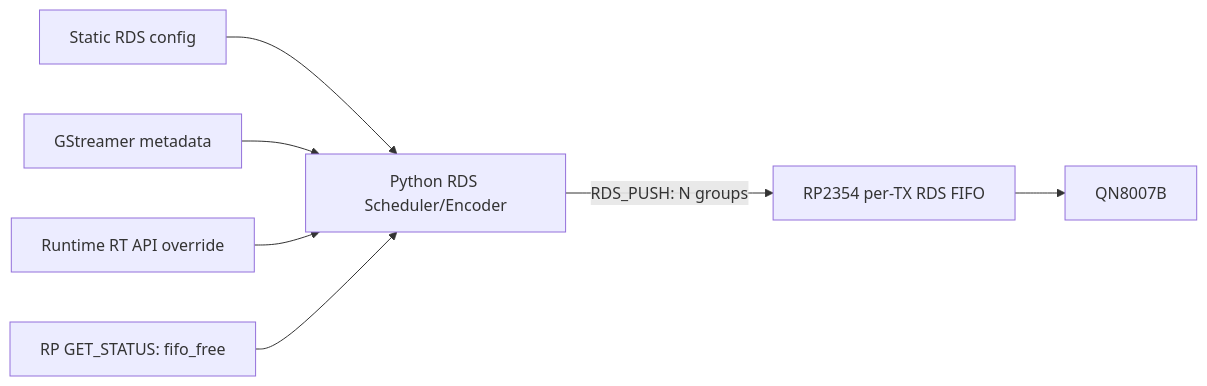
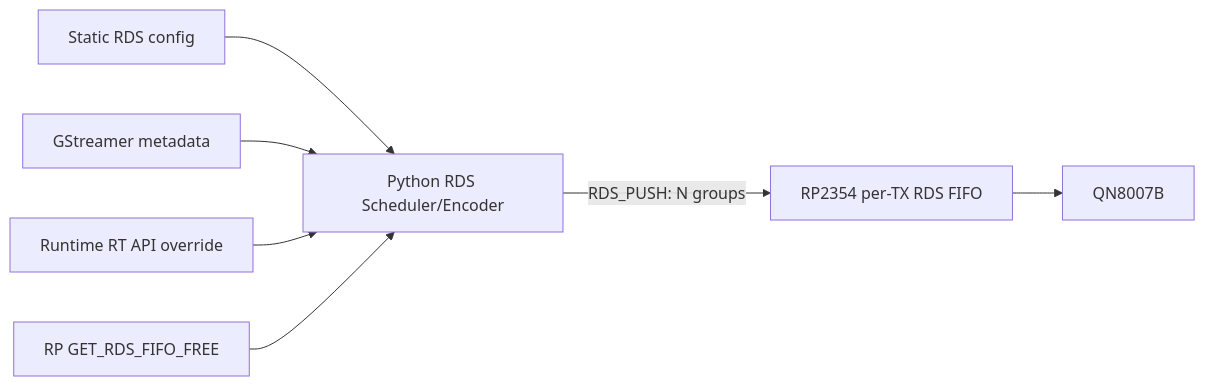
Before and after one commit to csalotzky/fmheadend: the fourth of 5 diagrams in docs/fmheadend-software-architecture.md, drawn with Mermaid. The commit also changed other lines of this file and 21 other files, not shown here.

````diff
--- a/docs/fmheadend-software-architecture.md
+++ b/docs/fmheadend-software-architecture.md
@@ -1024,9 +1026,9 @@
 ```mermaid
 flowchart LR
     CFG[Static RDS config] --> SCHED[Python RDS Scheduler/Encoder]
     META[GStreamer metadata] --> SCHED
     API[Runtime RT API override] --> SCHED
-    STAT[RP GET_STATUS: fifo_free] --> SCHED
+    STAT[RP GET_RDS_FIFO_FREE] --> SCHED
     SCHED -->|RDS_PUSH: N groups| FIFO[RP2354 per-TX RDS FIFO]
     FIFO --> QN[QN8007B]
 ```
````
